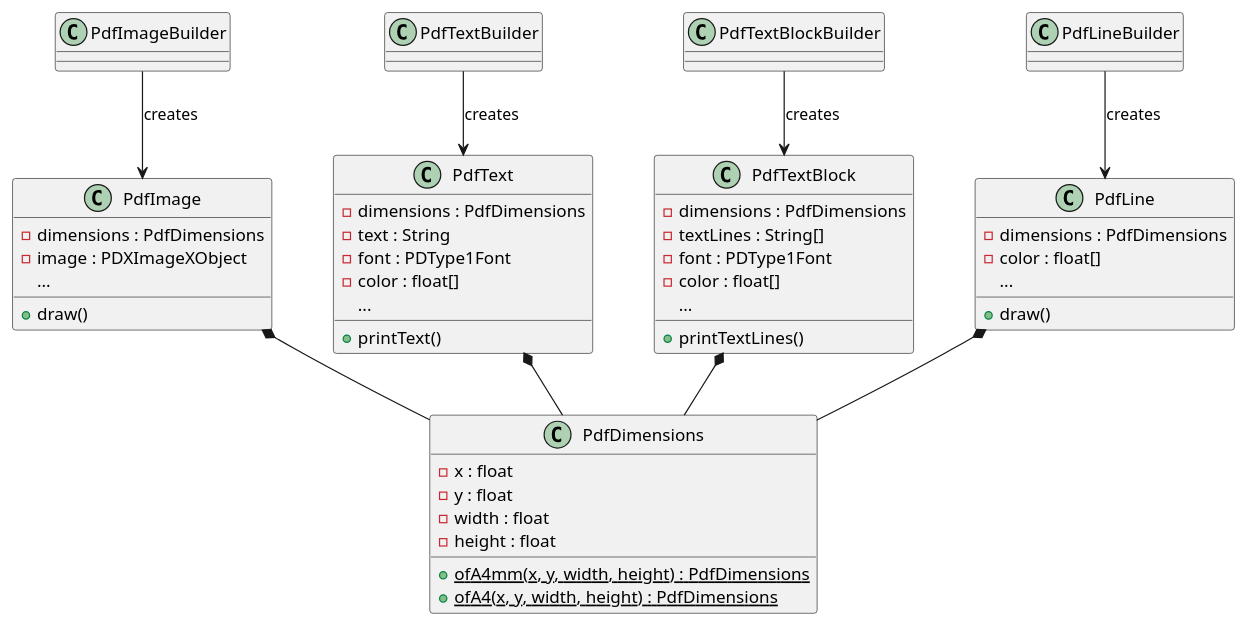
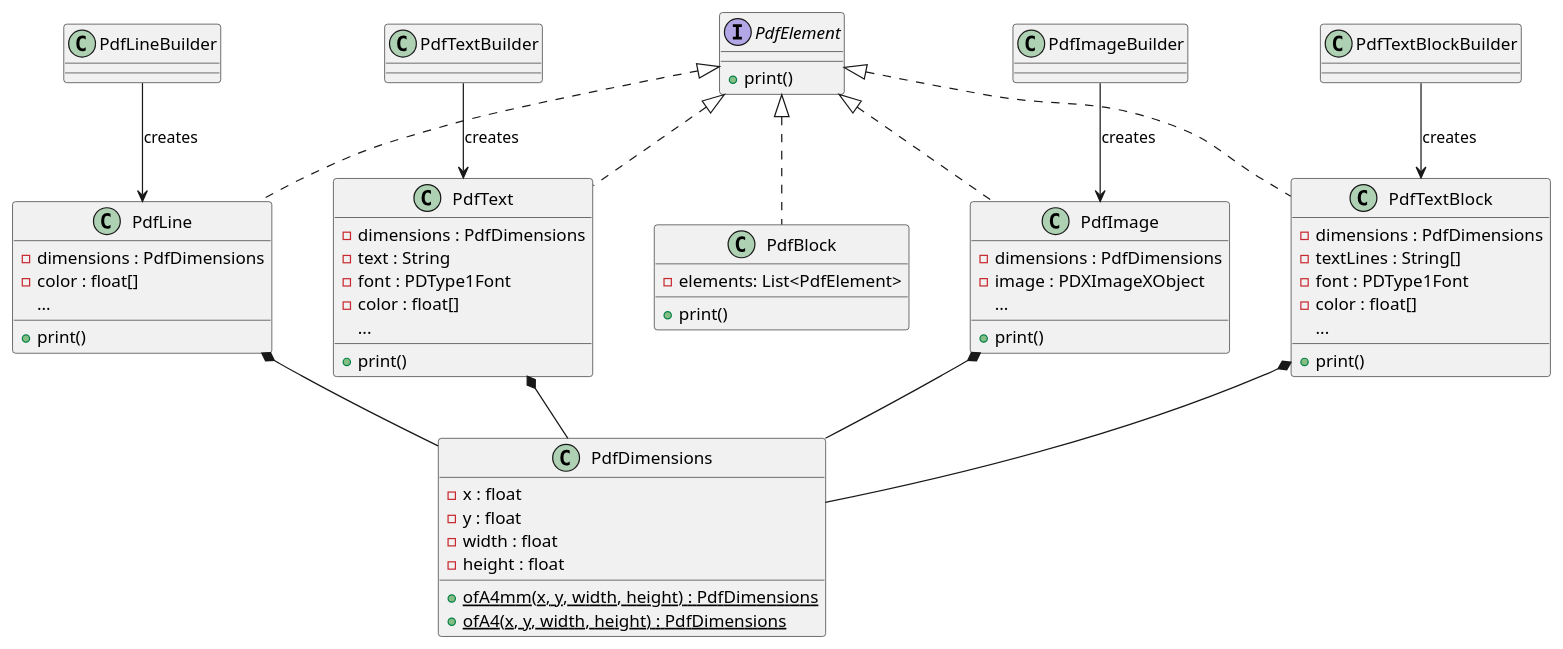
Before and after one commit to joheiss/java-pdfdoc-playground: the diagram in src/main/java/com/jovisco/invoicing/pdf/diagrams/PdfComponents.puml, drawn with PlantUML. The commit also changed 15 other files, not shown here.

```diff
--- a/src/main/java/com/jovisco/invoicing/pdf/diagrams/PdfComponents.puml
+++ b/src/main/java/com/jovisco/invoicing/pdf/diagrams/PdfComponents.puml
@@ -1,57 +1,66 @@
 @startuml
 skinparam nodesep 50
 skinparam ranksep 50
 skinparam class {
   BackgroundColor<<interface>> #ffccff
   BackgroundColor<<abstract>> #ccccff
 }
 
-class PdfLine {
+interface PdfElement {
+    + print()
+}
+
+class PdfBlock implements PdfElement {
+    {field} - elements: List<PdfElement>
+    + print()
+}
+
+class PdfLine implements PdfElement {
     {field} - dimensions : PdfDimensions
     {field} - color : float[]
     {field} ...
-    + draw()
+    + print()
 }
 
-class PdfImage {
+class PdfImage implements PdfElement {
     {field} - dimensions : PdfDimensions
     {field} - image : PDXImageXObject
     {field} ...
-    + draw()
+    + print()
 }
 
-class PdfText {
+class PdfText implements PdfElement {
     {field} - dimensions : PdfDimensions
     {field} - text : String
     {field} - font : PDType1Font
     {field} - color : float[]
     {field} ...
-    + printText()
+    + print()
 }
 
-class PdfTextBlock {
+class PdfTextBlock implements PdfElement {
     {field} - dimensions : PdfDimensions
     {field} - textLines : String[]
     {field} - font : PDType1Font
     {field} - color : float[]
     {field} ...
-    + printTextLines()
+    + print()
 }
 
 class PdfDimensions {
     {field} - x : float
     {field} - y : float
     {field} - width : float
     {field} - height : float
     {static} + ofA4mm(x, y, width, height) : PdfDimensions
     {static} + ofA4(x, y, width, height) : PdfDimensions
 }
 PdfLineBuilder --> PdfLine : creates
 PdfImageBuilder --> PdfImage : creates
 PdfTextBuilder --> PdfText : creates
 PdfTextBlockBuilder --> PdfTextBlock : creates
 PdfLine *-d- PdfDimensions
 PdfImage *-d- PdfDimensions
 PdfText *-d- PdfDimensions
 PdfTextBlock *-d- PdfDimensions
 @enduml
```
